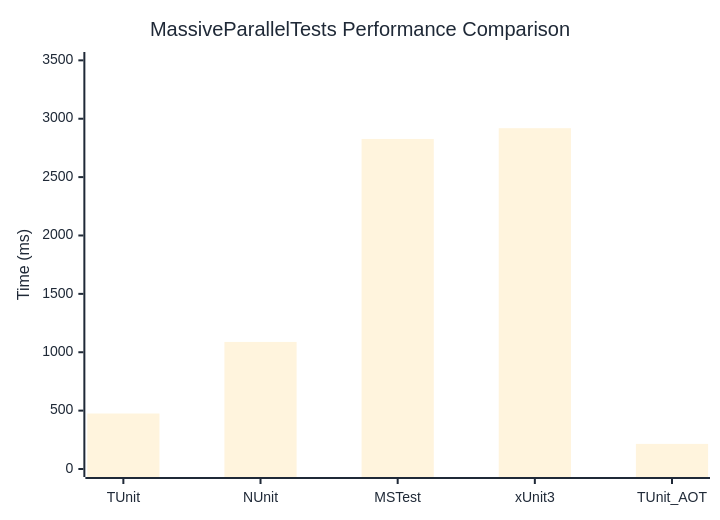
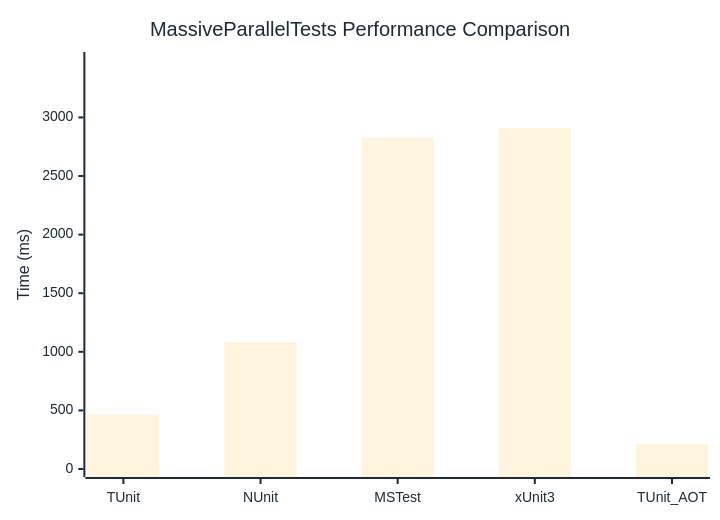
The diagram in docs/docs/benchmarks/engine/MassiveParallelTests.md (thomhurst/TUnit), drawn with Mermaid before and after one commit. The commit also changed other lines of this file and 17 other files, not shown here.

````diff
--- a/docs/docs/benchmarks/engine/MassiveParallelTests.md
+++ b/docs/docs/benchmarks/engine/MassiveParallelTests.md
@@ -29,37 +29,37 @@
 ```mermaid
 %%{init: {
   'theme':'base',
   'themeVariables': {
     'primaryColor': '#2563eb',
     'primaryTextColor': '#1f2937',
     'primaryBorderColor': '#1e40af',
     'lineColor': '#6b7280',
     'secondaryColor': '#7c3aed',
     'tertiaryColor': '#dc2626',
     'background': '#ffffff',
     'mainBkg': '#2563eb',
     'secondBkg': '#7c3aed',
     'tertiaryBkg': '#dc2626',
     'clusterBkg': '#f3f4f6',
     'edgeLabelBackground': '#ffffff',
     'tertiaryTextColor': '#1f2937',
     'pie1': '#2563eb',
     'pie2': '#7c3aed',
     'pie3': '#dc2626',
     'pie4': '#f59e0b',
     'pie5': '#10b981',
     'pie6': '#06b6d4',
     'pie7': '#ec4899',
     'pie8': '#6366f1',
     'pie9': '#84cc16',
     'pie10': '#f97316',
     'pie11': '#14b8a6',
     'pie12': '#a855f7'
   }
 }}%%
 xychart-beta
   title "MassiveParallelTests Performance Comparison"
   x-axis ["TUnit", "NUnit", "MSTest", "xUnit3", "TUnit_AOT"]
-  y-axis "Time (ms)" 0 --> 3503
-  bar [475.2, 1088.4, 2826.7, 2918.9, 214.9]
+  y-axis "Time (ms)" 0 --> 3490
+  bar [464.7, 1082.7, 2827, 2907.9, 214.8]
 ```
````
